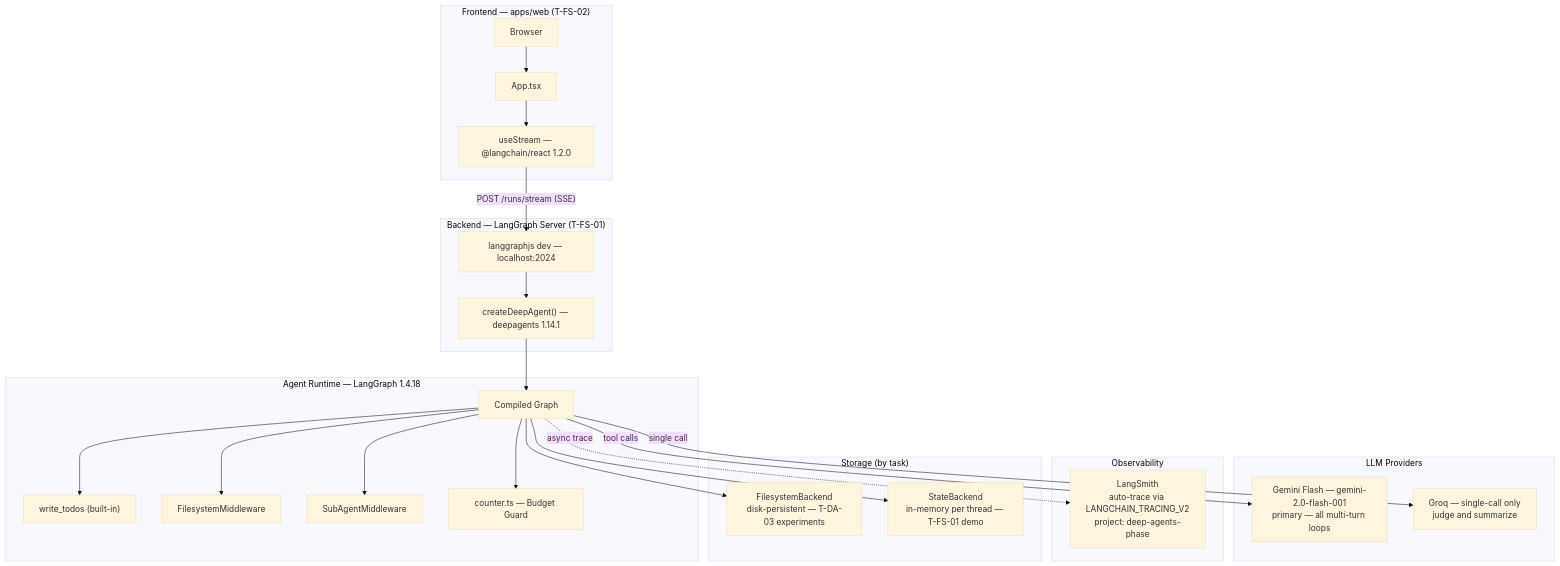
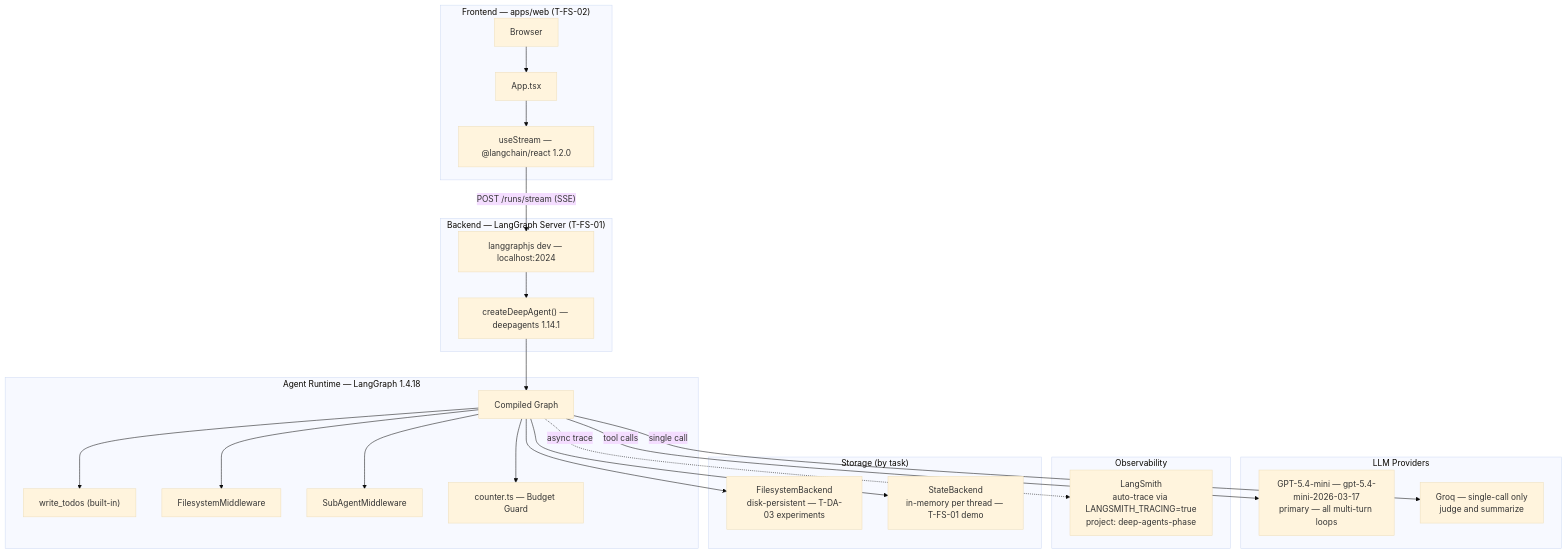
One commit to nhatduong-agilityio/deep-agents changed the first of 3 diagrams in docs/diagrams/01-high-level-architecture.md. Above: the diagram before and after it, drawn with Mermaid (base theme). The commit also changed other lines of this file and 21 other files, not shown here.

Commit message:
docs: update READMEs and diagrams for OpenAI migration and T-DA-04 results

````diff
--- a/docs/diagrams/01-high-level-architecture.md
+++ b/docs/diagrams/01-high-level-architecture.md
@@ -7,49 +7,49 @@
 ```mermaid
 graph TB
     subgraph FE["Frontend — apps/web (T-FS-02)"]
         Browser["Browser"]
         App["App.tsx"]
         Hook["useStream — @langchain/react 1.2.0"]
         Browser --> App --> Hook
     end
 
     subgraph BE["Backend — LangGraph Server (T-FS-01)"]
         LGS["langgraphjs dev — localhost:2024"]
         Agent["createDeepAgent() — deepagents 1.14.1"]
         LGS --> Agent
     end
 
     subgraph Runtime["Agent Runtime — LangGraph 1.4.18"]
         Graph["Compiled Graph"]
         Todos["write_todos (built-in)"]
         FS["FilesystemMiddleware"]
         SA["SubAgentMiddleware"]
         BGA["counter.ts — Budget Guard"]
         Graph --> Todos
         Graph --> FS
         Graph --> SA
         Graph --> BGA
     end
 
     subgraph LLM["LLM Providers"]
-        Gemini["Gemini Flash — gemini-2.0-flash-001\nprimary — all multi-turn loops"]
+        GPT["GPT-5.4-mini — gpt-5.4-mini-2026-03-17\nprimary — all multi-turn loops"]
         Groq["Groq — single-call only\njudge and summarize"]
     end
 
     subgraph Obs["Observability"]
-        LSM["LangSmith\nauto-trace via LANGCHAIN_TRACING_V2\nproject: deep-agents-phase"]
+        LSM["LangSmith\nauto-trace via LANGSMITH_TRACING=true\nproject: deep-agents-phase"]
     end
 
     subgraph Storage["Storage (by task)"]
         Disk["FilesystemBackend\ndisk-persistent — T-DA-03 experiments"]
         Mem["StateBackend\nin-memory per thread — T-FS-01 demo"]
     end
 
     Hook -->|"POST /runs/stream (SSE)"| LGS
     Agent --> Graph
-    Graph -->|tool calls| Gemini
+    Graph -->|tool calls| GPT
     Graph -->|single call| Groq
     Graph -.->|async trace| LSM
     Graph --> Disk
     Graph --> Mem
 ```
````
